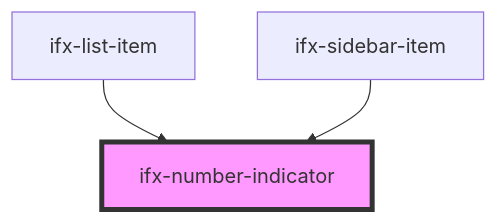
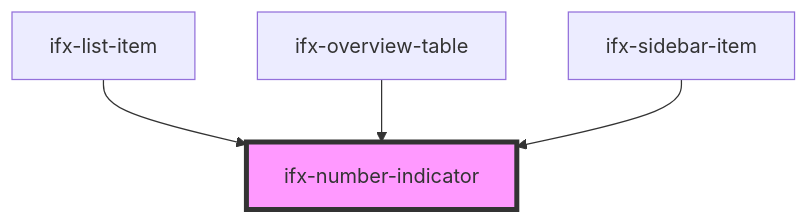
One commit to Infineon/infineon-design-system-stencil changed the diagram in packages/components/src/components/number-indicator/readme.md. Above: the diagram before and after it, drawn with Mermaid. The commit also changed other lines of this file and 10 other files, not shown here.

````diff
--- a/packages/components/src/components/number-indicator/readme.md
+++ b/packages/components/src/components/number-indicator/readme.md
@@ -23,6 +24,7 @@
 ```mermaid
 graph TD;
   ifx-list-item --> ifx-number-indicator
+  ifx-overview-table --> ifx-number-indicator
   ifx-sidebar-item --> ifx-number-indicator
   style ifx-number-indicator fill:#f9f,stroke:#333,stroke-width:4px
 ```
````
